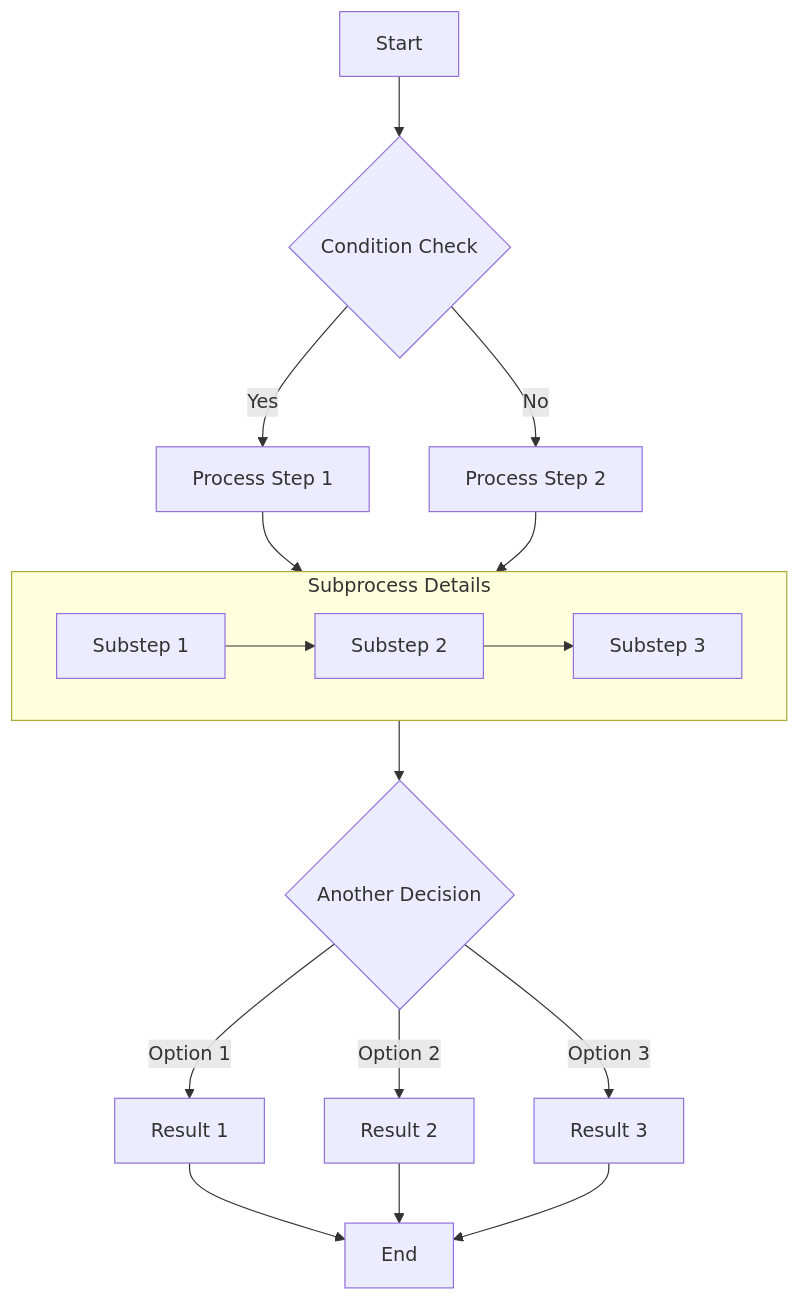
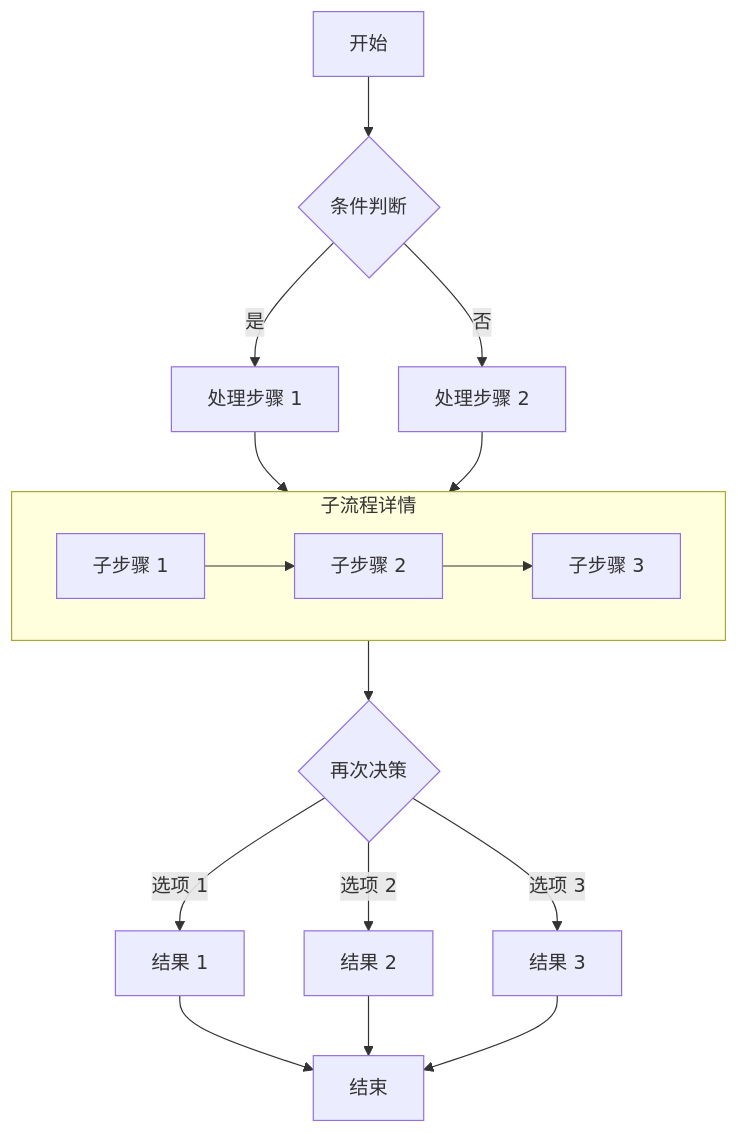
Before and after one commit to FishingMZ/blog: the first of 6 diagrams in src/content/posts/markdown-mermaid.md, drawn with Mermaid. The commit also changed other lines of this file, not shown here.

Commit message:
Translate Markdown Mermaid post to Chinese

````diff
--- a/src/content/posts/markdown-mermaid.md
+++ b/src/content/posts/markdown-mermaid.md
@@ -21,19 +18,19 @@
 ```mermaid
 graph TD
-    A[Start] --> B{Condition Check}
-    B -->|Yes| C[Process Step 1]
-    B -->|No| D[Process Step 2]
-    C --> E[Subprocess]
+    A[开始] --> B{条件判断}
+    B -->|是| C[处理步骤 1]
+    B -->|否| D[处理步骤 2]
+    C --> E[子流程]
     D --> E
-    subgraph E [Subprocess Details]
-        E1[Substep 1] --> E2[Substep 2]
-        E2 --> E3[Substep 3]
+    subgraph E [子流程详情]
+        E1[子步骤 1] --> E2[子步骤 2]
+        E2 --> E3[子步骤 3]
     end
-    E --> F{Another Decision}
-    F -->|Option 1| G[Result 1]
-    F -->|Option 2| H[Result 2]
-    F -->|Option 3| I[Result 3]
-    G --> J[End]
+    E --> F{再次决策}
+    F -->|选项 1| G[结果 1]
+    F -->|选项 2| H[结果 2]
+    F -->|选项 3| I[结果 3]
+    G --> J[结束]
     H --> J
     I --> J
 ```
````
